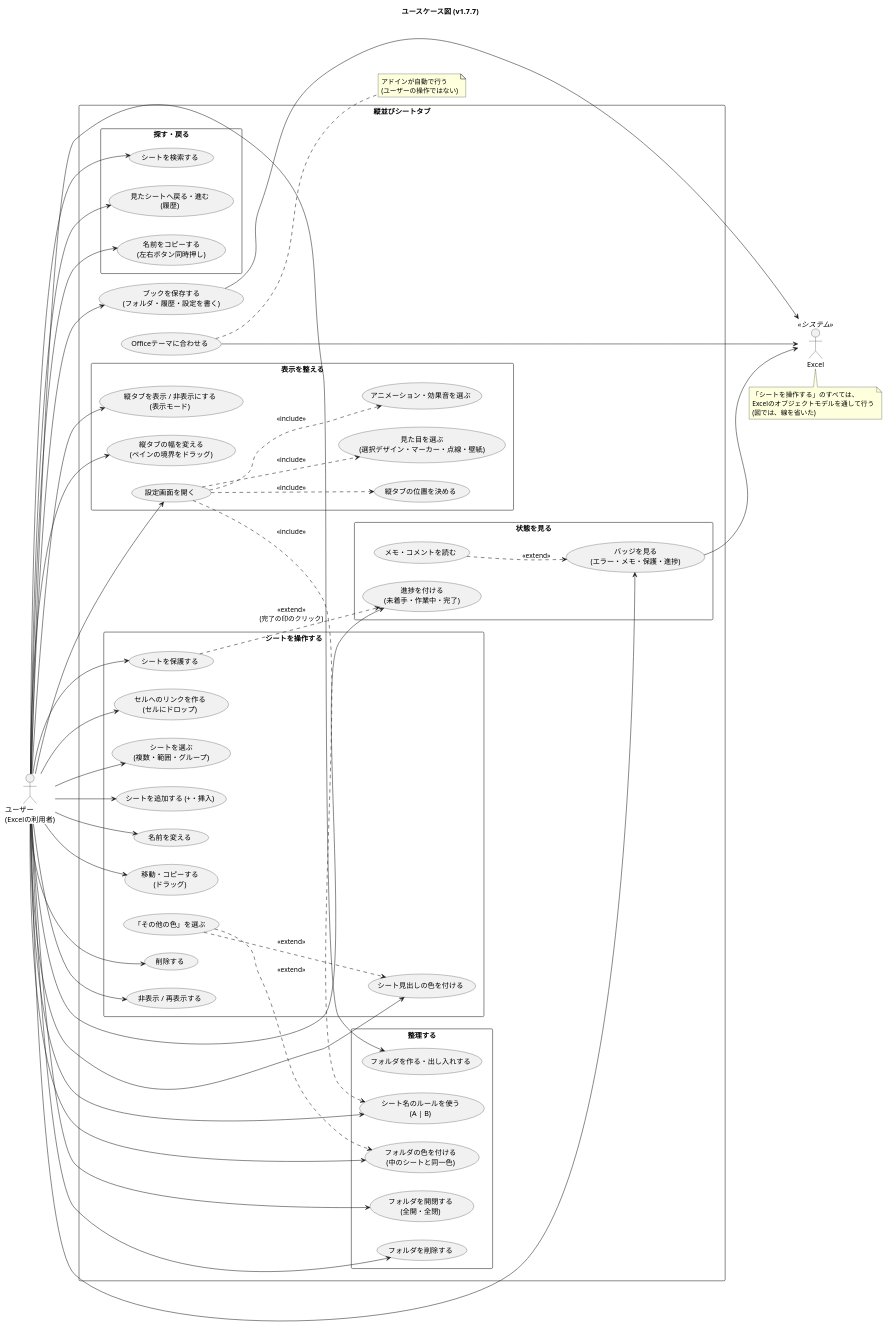
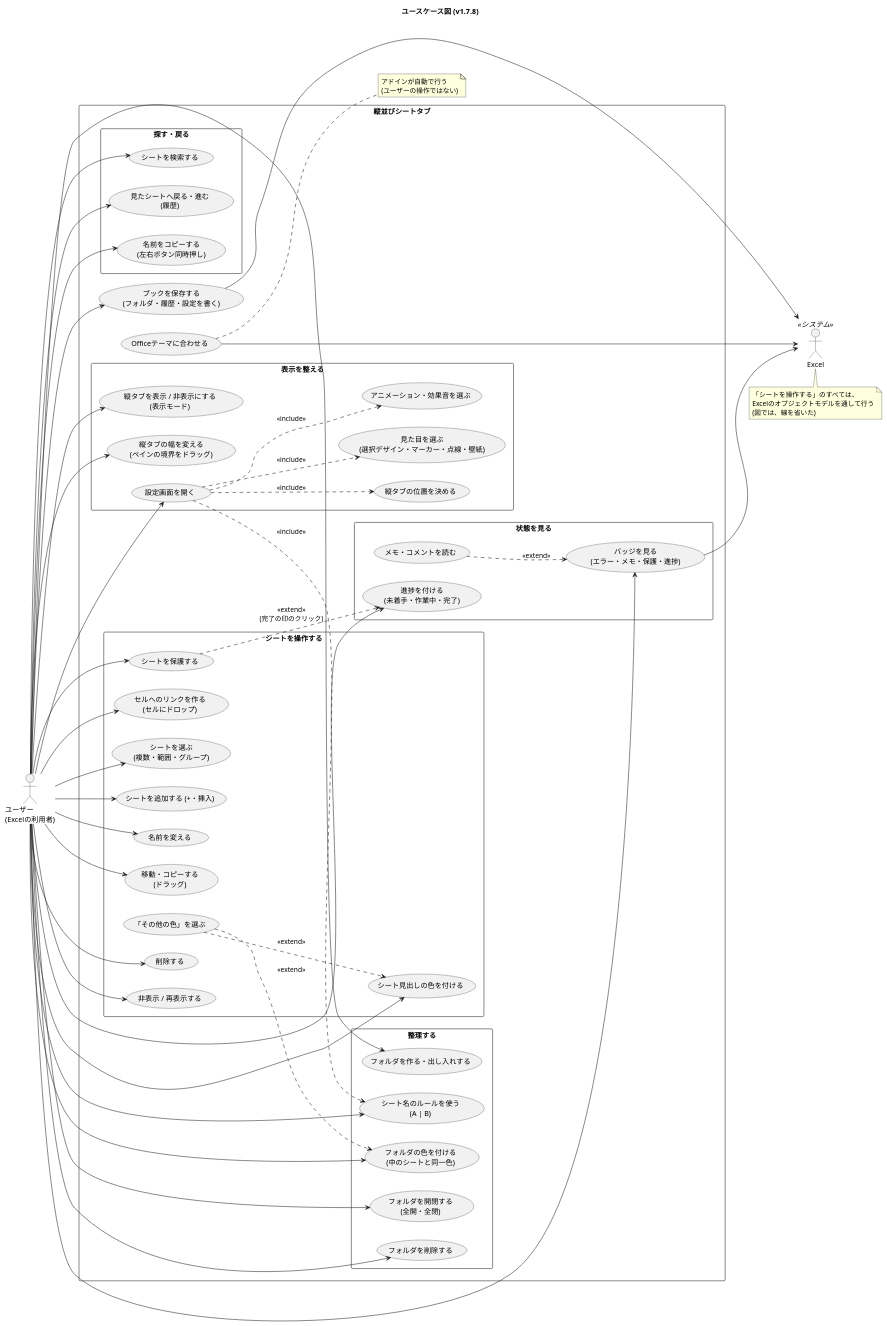
The diagram in docs/usecase.puml (nk-taka623/VerticalSheetTabs), drawn with PlantUML before and after one commit. The commit also changed 15 other files, not shown here.

Commit message:
v1.7.8: バージョンを上げる (README の変更点、設定画面の画像、図)

```diff
--- a/docs/usecase.puml
+++ b/docs/usecase.puml
@@ -1,105 +1,105 @@
 @startuml
-title ユースケース図 (v1.7.7)
+title ユースケース図 (v1.7.8)
 left to right direction
 skinparam shadowing false
 skinparam packageStyle rectangle
 
 actor "ユーザー\n(Excelの利用者)" as U
 actor "Excel" as XL <<システム>>
 
 rectangle "縦並びシートタブ" {
 
   package "シートを操作する" {
     usecase "シートを選ぶ\n(複数・範囲・グループ)" as UC_SEL
     usecase "シートを追加する (+・挿入)" as UC_ADD
     usecase "名前を変える" as UC_REN
     usecase "移動・コピーする\n(ドラッグ)" as UC_MOVE
     usecase "削除する" as UC_DEL
     usecase "非表示 / 再表示する" as UC_HIDE
     usecase "シート見出しの色を付ける" as UC_COLOR
     usecase "「その他の色」を選ぶ" as UC_MORE
     usecase "シートを保護する" as UC_PROT
     usecase "セルへのリンクを作る\n(セルにドロップ)" as UC_LINK
   }
 
   package "整理する" {
     usecase "フォルダを作る・出し入れする" as UC_FOLDER
     usecase "フォルダを開閉する\n(全開・全閉)" as UC_TOGGLE
     usecase "フォルダの色を付ける\n(中のシートと同一色)" as UC_FCOLOR
     usecase "フォルダを削除する" as UC_FDEL
     usecase "シート名のルールを使う\n(A | B)" as UC_RULE
   }
 
   package "探す・戻る" {
     usecase "シートを検索する" as UC_SEARCH
     usecase "見たシートへ戻る・進む\n(履歴)" as UC_HIST
     usecase "名前をコピーする\n(左右ボタン同時押し)" as UC_COPY
   }
 
   package "状態を見る" {
     usecase "バッジを見る\n(エラー・メモ・保護・進捗)" as UC_BADGE
     usecase "メモ・コメントを読む" as UC_MEMO
     usecase "進捗を付ける\n(未着手・作業中・完了)" as UC_PROG
   }
 
   package "表示を整える" {
     usecase "縦タブを表示 / 非表示にする\n(表示モード)" as UC_MODE
     usecase "縦タブの位置を決める" as UC_SIDE
     usecase "縦タブの幅を変える\n(ペインの境界をドラッグ)" as UC_WIDTH
     usecase "設定画面を開く" as UC_SET
     usecase "見た目を選ぶ\n(選択デザイン・マーカー・点線・壁紙)" as UC_LOOK
     usecase "アニメーション・効果音を選ぶ" as UC_ANIM
   }
 
   usecase "ブックを保存する\n(フォルダ・履歴・設定を書く)" as UC_SAVE
   usecase "Officeテーマに合わせる" as UC_THEME
 }
 
 U --> UC_SEL
 U --> UC_ADD
 U --> UC_REN
 U --> UC_MOVE
 U --> UC_DEL
 U --> UC_HIDE
 U --> UC_COLOR
 U --> UC_PROT
 U --> UC_LINK
 U --> UC_FOLDER
 U --> UC_TOGGLE
 U --> UC_FCOLOR
 U --> UC_FDEL
 U --> UC_RULE
 U --> UC_SEARCH
 U --> UC_HIST
 U --> UC_COPY
 U --> UC_BADGE
 U --> UC_PROG
 U --> UC_MODE
 U --> UC_WIDTH
 U --> UC_SET
 U --> UC_SAVE
 
 UC_MORE ..> UC_COLOR : <<extend>>
 UC_MORE ..> UC_FCOLOR : <<extend>>
 UC_MEMO ..> UC_BADGE : <<extend>>
 UC_PROT ..> UC_PROG : <<extend>>\n(完了の印のクリック)
 UC_SET ..> UC_SIDE : <<include>>
 UC_SET ..> UC_LOOK : <<include>>
 UC_SET ..> UC_ANIM : <<include>>
 UC_SET ..> UC_RULE : <<include>>
 
 UC_SAVE --> XL
 UC_THEME --> XL
 UC_BADGE --> XL
 
 note bottom of XL
   「シートを操作する」のすべては、
   Excelのオブジェクトモデルを通して行う
   (図では、線を省いた)
 end note
 
 note right of UC_THEME
   アドインが自動で行う
   (ユーザーの操作ではない)
 end note
 @enduml
```
